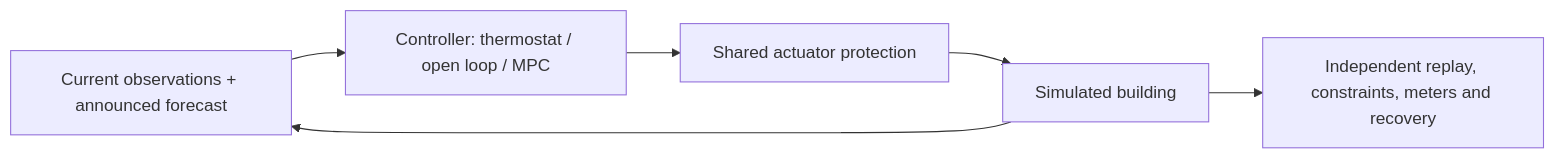
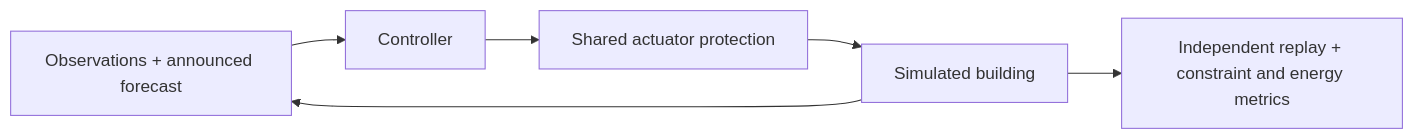
Before and after one commit to SaeedAkbare/HVAC-Control-Benchmark: the diagram in README.md, drawn with Mermaid. The commit also changed other lines of this file and 14 other files, not shown here.

````diff
--- a/README.md
+++ b/README.md
@@ -9,8 +7,8 @@
 ```mermaid
 flowchart LR
-  A[Current observations + announced forecast] --> B[Controller: thermostat / open loop / MPC]
+  A[Observations + announced forecast] --> B[Controller]
   B --> C[Shared actuator protection]
   C --> D[Simulated building]
   D --> A
-  D --> E[Independent replay, constraints, meters and recovery]
+  D --> E[Independent replay + constraint and energy metrics]
 ```
````
